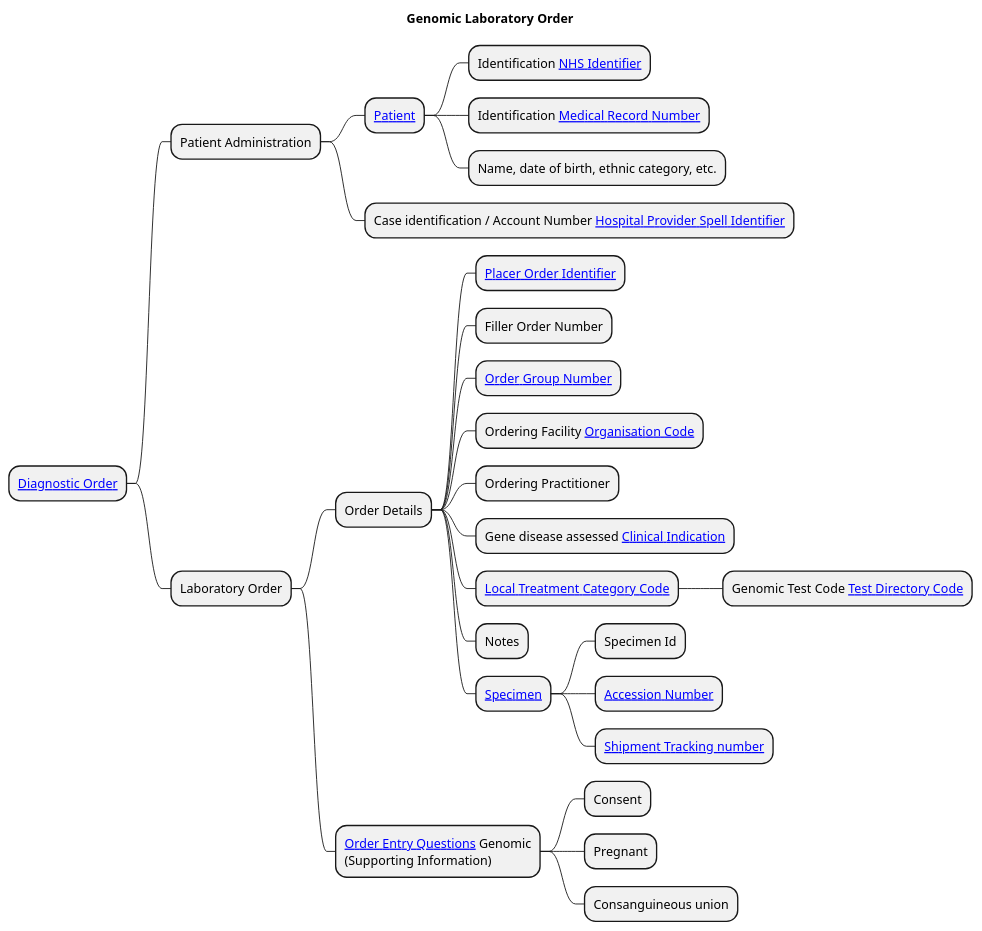
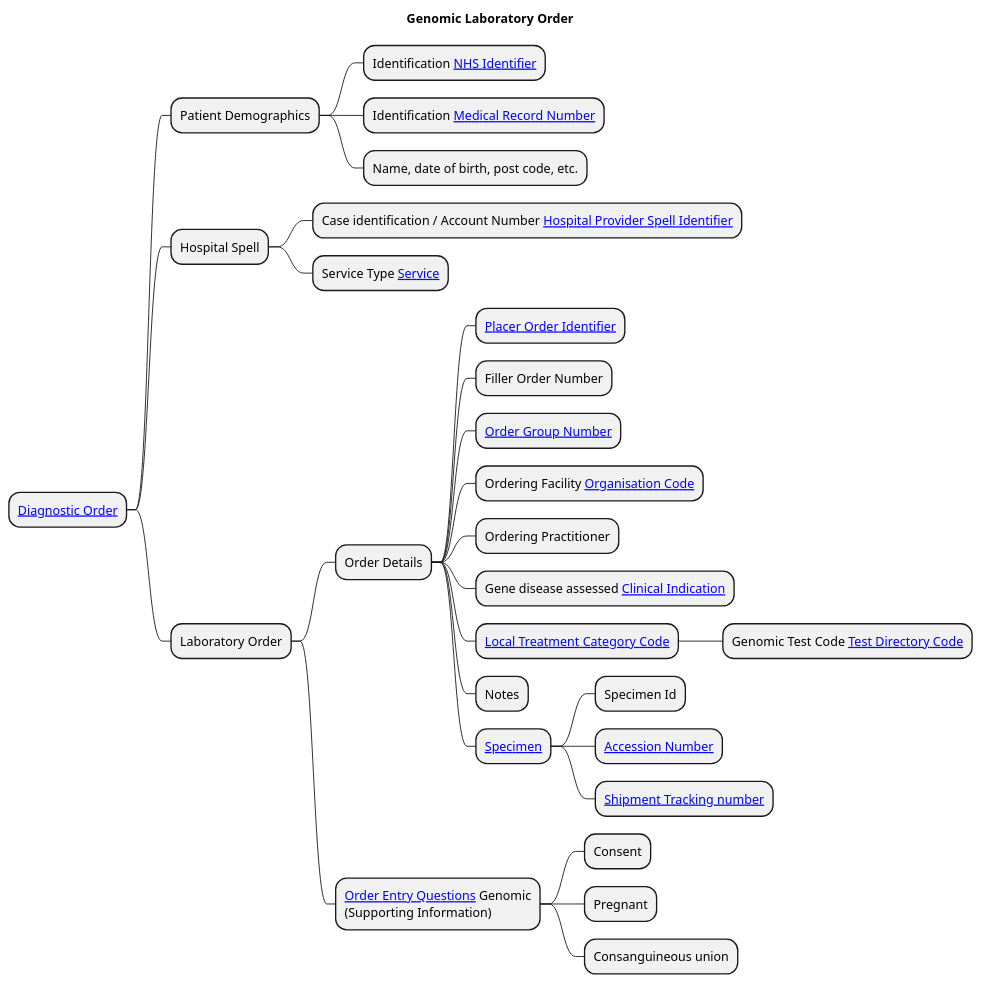
One commit to uk-gov-mirror/nw-gmsa.nw-gmsa.github.com changed the diagram in input/images-source/Laboratory-Order-mindmap.plantuml. Above: the diagram before and after it, drawn with PlantUML. The commit also changed 3 other files, not shown here.

Commit message:
SPR comaptiable architecture?

```diff
--- a/input/images-source/Laboratory-Order-mindmap.plantuml
+++ b/input/images-source/Laboratory-Order-mindmap.plantuml
@@ -1,32 +1,33 @@
 @startmindmap
 
 title "Genomic Laboratory Order"
 
 * [[#diagnostic-order Diagnostic Order]]
-** Patient Administration
-*** [[StructureDefinition-Patient.html Patient]]
-**** Identification [[StructureDefinition-NHSIdentifier.html NHS Identifier]]
-**** Identification [[StructureDefinition-MedicalRecordNumber.html Medical Record Number]]
-**** Name, date of birth, ethnic category, etc.
+** Patient Demographics
+*** Identification [[StructureDefinition-NHSIdentifier.html NHS Identifier]]
+*** Identification [[StructureDefinition-MedicalRecordNumber.html Medical Record Number]]
+*** Name, date of birth, post code, etc.
+** Hospital Spell
 *** Case identification / Account Number [[StructureDefinition-HospitalProviderSpellIdentifier.html Hospital Provider Spell Identifier]]
+*** Service Type [[ValueSet-service.html Service]]
 ** Laboratory Order
 *** Order Details
 **** [[StructureDefinition-OrderIdentifier.html Placer Order Identifier]]
 **** Filler Order Number
 **** [[StructureDefinition-OrderGroupNumber.html Order Group Number]]
 **** Ordering Facility [[StructureDefinition-OrganisationCode.html Organisation Code]]
 **** Ordering Practitioner
 **** Gene disease assessed [[CodeSystem-GenomicClinicalIndication.html Clinical Indication]]
 **** [[https://www.datadictionary.nhs.uk/data_elements/local_treatment_category_code.html Local Treatment Category Code]]
 ***** Genomic Test Code [[CodeSystem-GenomicTestCode.html Test Directory Code]]
 **** Notes
 **** [[#specimen Specimen]]
 ***** Specimen Id
 ***** [[StructureDefinition-SpecimenAccessionNumber.html Accession Number]]
 ***** [[StructureDefinition-ShipmentTrackingNumber.html Shipment Tracking number]]
 *** [[#order-entry-questions Order Entry Questions]] Genomic\n(Supporting Information)
 **** Consent
 **** Pregnant
 **** Consanguineous union
 
 @endmindmap
```
